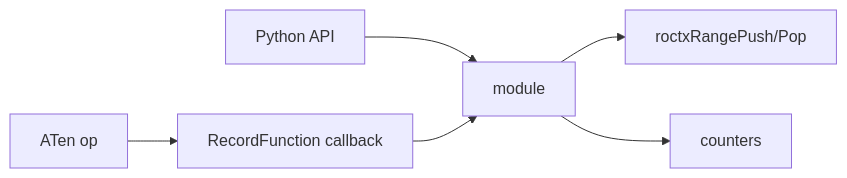
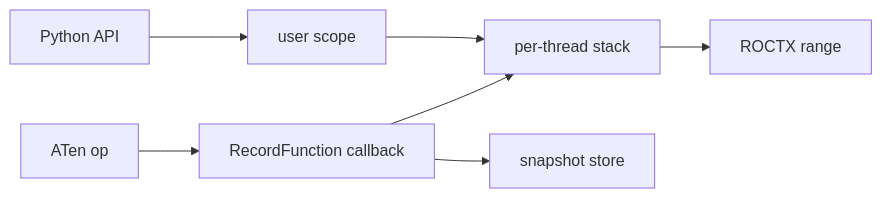
One commit to saman-amd/rocm-systems changed the diagram in projects/rocprofiler-compute/docs/design/lld-torch-trace-collector.md. Above: the diagram before and after it, drawn with Mermaid. The commit also changed other lines of this file and 4 other files, not shown here.

````diff
--- a/projects/rocprofiler-compute/docs/design/lld-torch-trace-collector.md
+++ b/projects/rocprofiler-compute/docs/design/lld-torch-trace-collector.md
@@ -34,8 +25,9 @@
 ```mermaid
 flowchart LR
     aten[ATen op] --> cb[RecordFunction callback]
-    pyapi[Python API] --> mod[module]
-    cb --> mod
-    mod --> roctx[roctxRangePush/Pop]
-    mod --> ctr[counters]
+    py[Python API] --> us[user scope]
+    cb --> stack[per-thread stack]
+    us --> stack
+    cb --> store[snapshot store]
+    stack --> roctx[ROCTX range]
 ```
````
